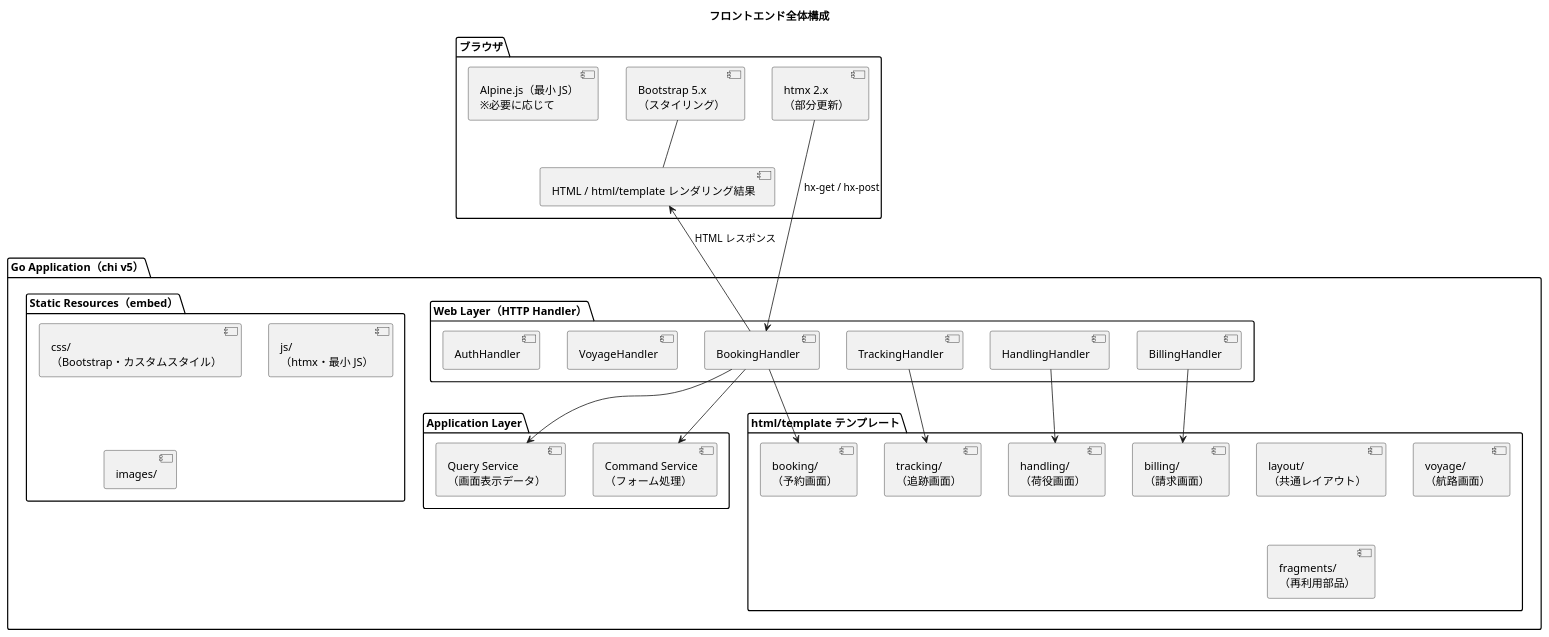
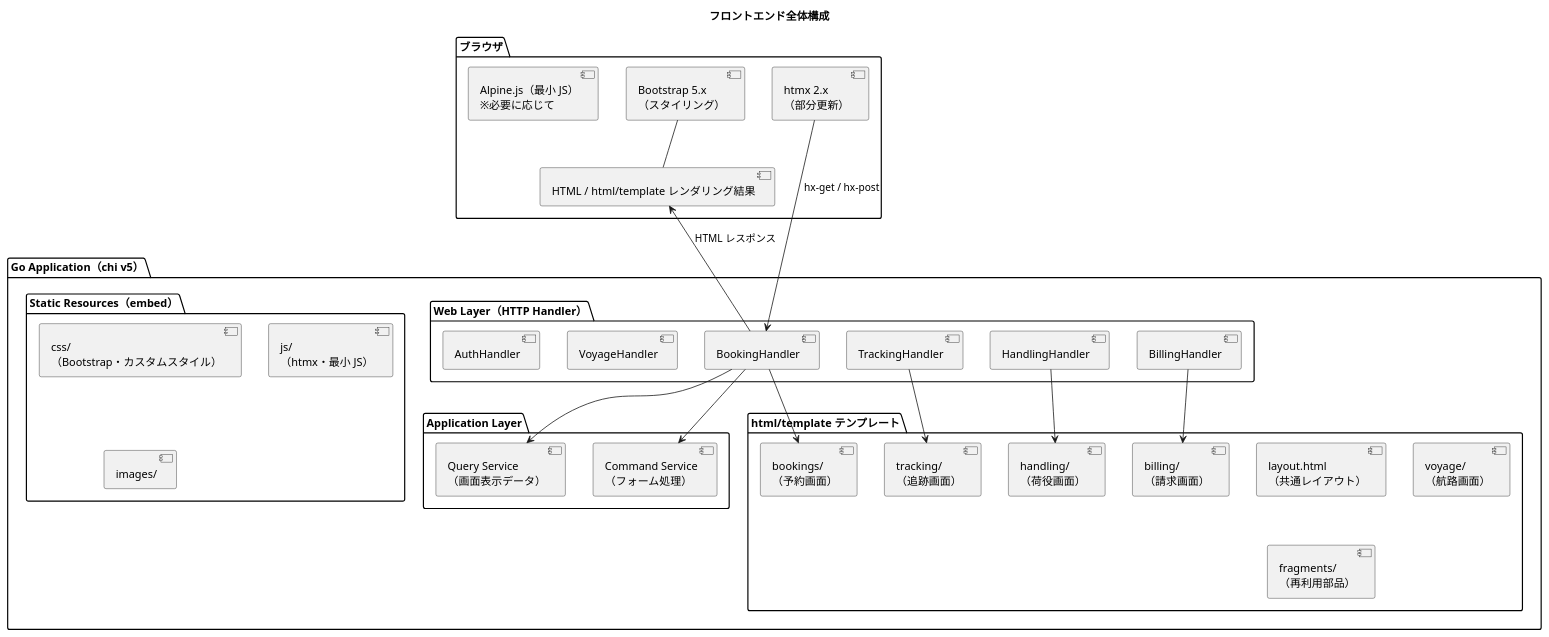
The first of 4 diagrams in docs/design/architecture_frontend.md (k2works/case-study-cargo-tracker), drawn with PlantUML before and after one commit. The commit also changed other lines of this file and 5 other files, not shown here.

````diff
--- a/docs/design/architecture_frontend.md
+++ b/docs/design/architecture_frontend.md
@@ -34,57 +34,57 @@
 ```plantuml
 @startuml
 title フロントエンド全体構成
 
 package "ブラウザ" as browser {
   [HTML / html/template レンダリング結果]
   [Bootstrap 5.x\n（スタイリング）]
   [htmx 2.x\n（部分更新）]
   [Alpine.js（最小 JS）\n※必要に応じて]
 }
 
 package "Go Application（chi v5）" as app {
 
   package "Web Layer（HTTP Handler）" as web {
     [BookingHandler]
     [TrackingHandler]
     [HandlingHandler]
     [BillingHandler]
     [VoyageHandler]
     [AuthHandler]
   }
 
   package "html/template テンプレート" as templates {
-    [layout/\n（共通レイアウト）]
-    [booking/\n（予約画面）]
+    [layout.html\n（共通レイアウト）]
+    [bookings/\n（予約画面）]
     [tracking/\n（追跡画面）]
     [handling/\n（荷役画面）]
     [billing/\n（請求画面）]
     [voyage/\n（航路画面）]
     [fragments/\n（再利用部品）]
   }
 
   package "Static Resources（embed）" as static_res {
     [css/\n（Bootstrap・カスタムスタイル）]
     [js/\n（htmx・最小 JS）]
     [images/]
   }
 
   package "Application Layer" as application {
     [Query Service\n（画面表示データ）]
     [Command Service\n（フォーム処理）]
   }
 }
 
 [HTML / html/template レンダリング結果] <-- [BookingHandler] : HTML レスポンス
 [htmx 2.x\n（部分更新）] --> [BookingHandler] : hx-get / hx-post
 [Bootstrap 5.x\n（スタイリング）] -- [HTML / html/template レンダリング結果]
 
 [BookingHandler] --> [Query Service\n（画面表示データ）]
 [BookingHandler] --> [Command Service\n（フォーム処理）]
-[BookingHandler] --> [booking/\n（予約画面）]
+[BookingHandler] --> [bookings/\n（予約画面）]
 [TrackingHandler] --> [tracking/\n（追跡画面）]
 [HandlingHandler] --> [handling/\n（荷役画面）]
 [BillingHandler] --> [billing/\n（請求画面）]
 
 @enduml
 ```
````
